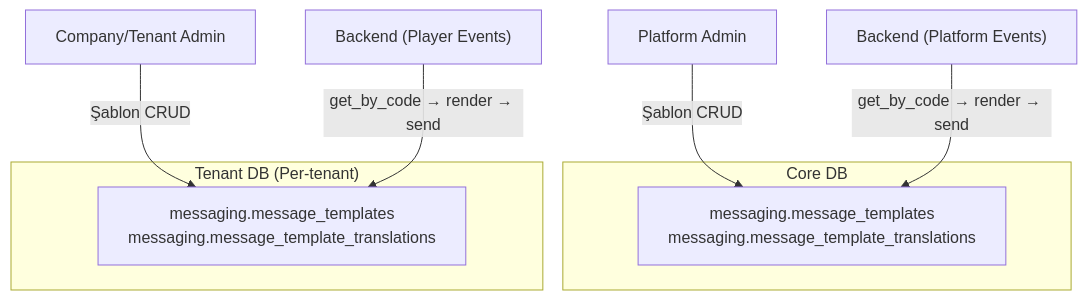
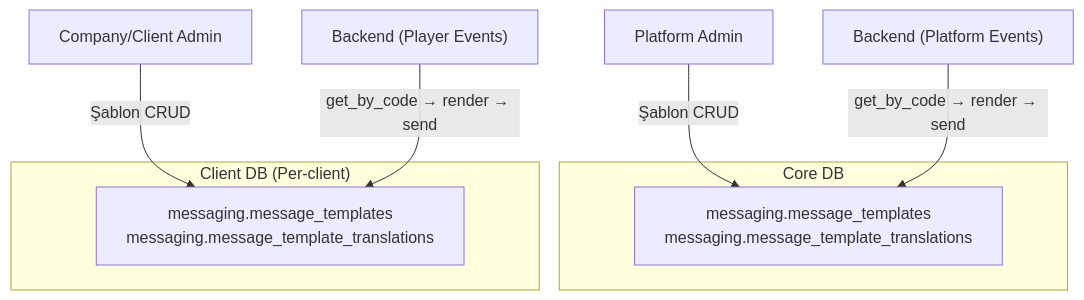
The first of 3 diagrams in .docs/guides/SPEC_MESSAGE_TEMPLATE.md (frhtshn/One.DB), drawn with Mermaid before and after one commit. The commit also changed other lines of this file and 442 other files, not shown here.

First line of the commit message:
Nucleo → Sortis One ve tenant → client içerik güncellemeleri

````diff
--- a/.docs/guides/SPEC_MESSAGE_TEMPLATE.md
+++ b/.docs/guides/SPEC_MESSAGE_TEMPLATE.md
@@ -19,15 +19,15 @@
 ```mermaid
 flowchart TD
     subgraph core_db["Core DB"]
         CT["messaging.message_templates<br/>messaging.message_template_translations"]
     end
-    subgraph tenant_db["Tenant DB (Per-tenant)"]
+    subgraph client_db["Client DB (Per-client)"]
         TT["messaging.message_templates<br/>messaging.message_template_translations"]
     end
 
     PA["Platform Admin"] -- "Şablon CRUD" --> CT
-    TA["Company/Tenant Admin"] -- "Şablon CRUD" --> TT
+    TA["Company/Client Admin"] -- "Şablon CRUD" --> TT
 
     BE_CORE["Backend (Platform Events)"] -- "get_by_code → render → send" --> CT
-    BE_TENANT["Backend (Player Events)"] -- "get_by_code → render → send" --> TT
+    BE_CLIENT["Backend (Player Events)"] -- "get_by_code → render → send" --> TT
 ```
````
